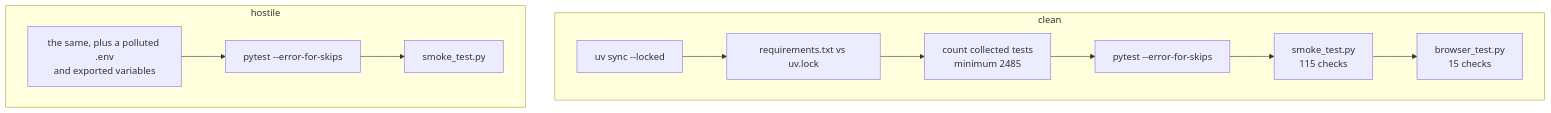
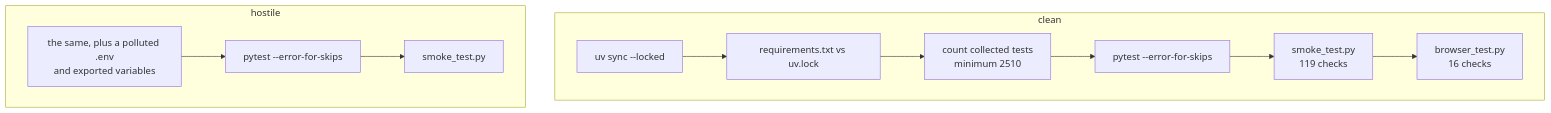
One commit to IAMN1/link-shortener changed the diagram in docs/testing.md. Above: the diagram before and after it, drawn with Mermaid. The commit also changed other lines of this file and 13 other files, not shown here.

````diff
--- a/docs/testing.md
+++ b/docs/testing.md
@@ -247,12 +248,12 @@
 ```mermaid
 flowchart TD
     subgraph clean["clean"]
         C1[uv sync --locked] --> C2[requirements.txt vs uv.lock]
-        C2 --> C3[count collected tests<br/>minimum 2485] --> C4[pytest --error-for-skips]
-        C4 --> C5[smoke_test.py<br/>115 checks] --> C6[browser_test.py<br/>15 checks]
+        C2 --> C3[count collected tests<br/>minimum 2510] --> C4[pytest --error-for-skips]
+        C4 --> C5[smoke_test.py<br/>119 checks] --> C6[browser_test.py<br/>16 checks]
     end
     subgraph hostile["hostile"]
         H1[the same, plus a polluted .env<br/>and exported variables] --> H2[pytest --error-for-skips]
         H2 --> H3[smoke_test.py]
     end
 ```
````
